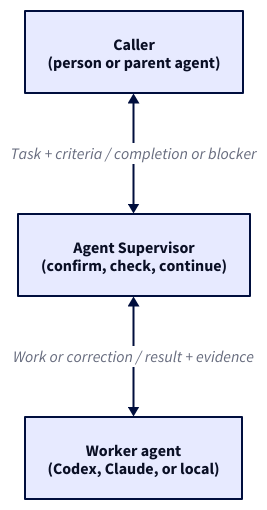
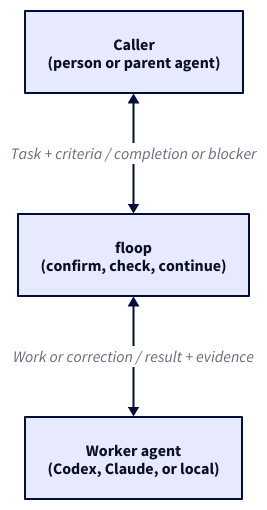
One commit to kobaltoxid/floop changed the diagram in docs/diagrams/completion-loop.d2. Above: the diagram before and after it, drawn with D2. The commit also changed 11 other files, not shown here.

```diff
--- a/docs/diagrams/completion-loop.d2
+++ b/docs/diagrams/completion-loop.d2
@@ -1,17 +1,17 @@
 direction: down
 
 vars: {
   d2-config: {
     theme-id: 3
     dark-theme-id: 200
   }
 }
 
 caller: Caller\n(person or parent agent)
 
-supervisor: Agent Supervisor\n(confirm, check, continue)
+supervisor: floop\n(confirm, check, continue)
 
 worker: Worker agent\n(Codex, Claude, or local)
 
 caller <-> supervisor: Task + criteria / completion or blocker
 supervisor <-> worker: Work or correction / result + evidence
```
